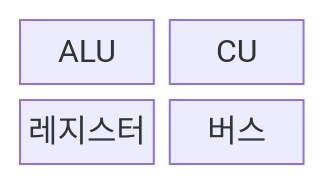
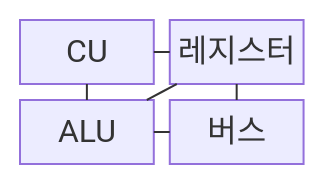
The first of 2 diagrams in src/content/docs/notes/02-hardware/002_cpu_components.md (agnusdei1207/knowledge-base), drawn with Mermaid before and after one commit. The commit also changed other lines of this file and 20 other files, not shown here.

````diff
--- a/src/content/docs/notes/02-hardware/002_cpu_components.md
+++ b/src/content/docs/notes/02-hardware/002_cpu_components.md
@@ -63,8 +63,9 @@
 ```mermaid
 block
     columns 2
-    A["ALU"]
-    C["CU"]
-    R["레지스터"]
-    B["버스"]
+    C["CU"] --- R["레지스터"]
+    R --- A["ALU"]
+    C --- A
+    A --- B["버스"]
+    R --- B
 ```
````
